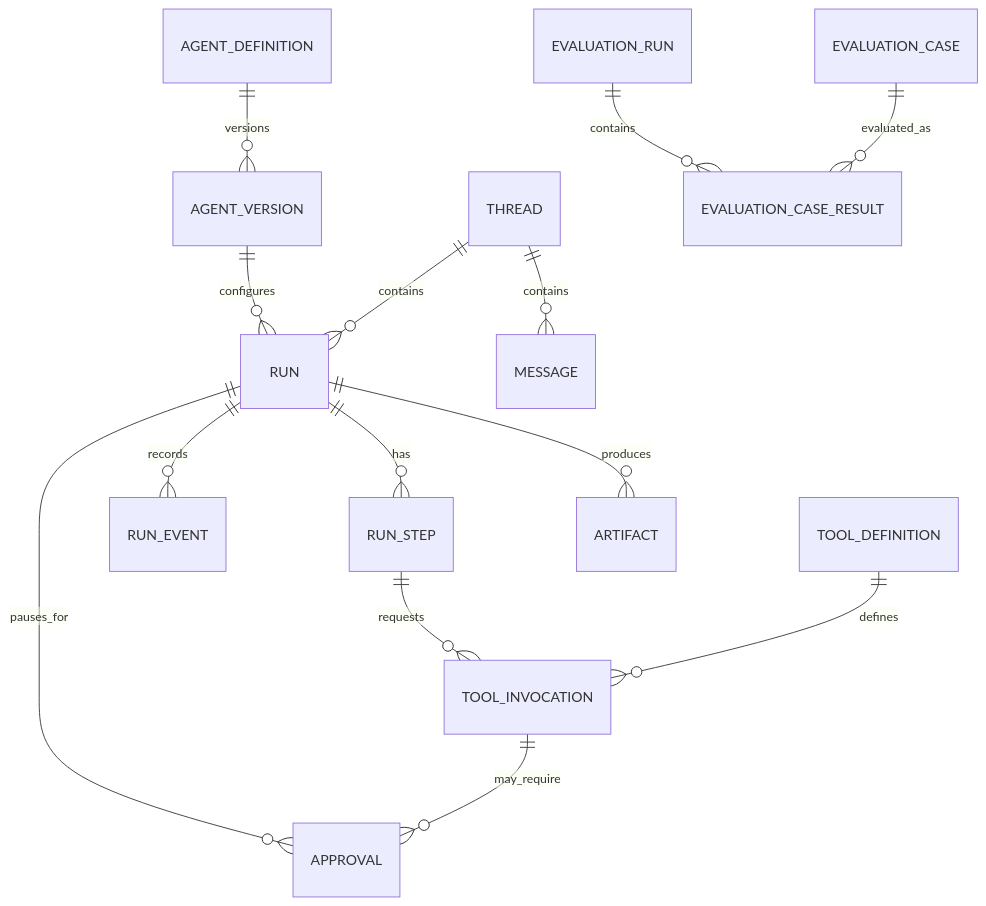
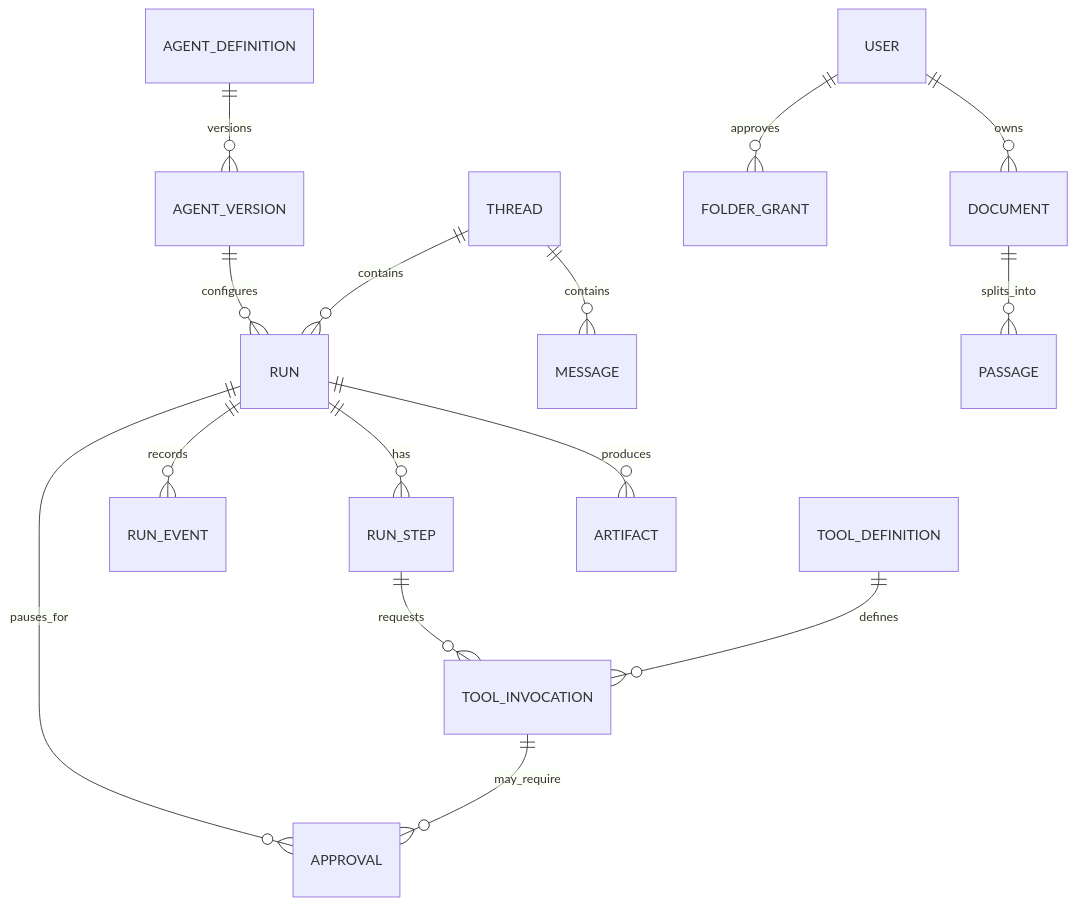
Before and after one commit to NP2420/agent-platform-foundation: the diagram in docs/DATA_MODEL.md, drawn with Mermaid. The commit also changed other lines of this file and 23 other files, not shown here.

````diff
--- a/docs/DATA_MODEL.md
+++ b/docs/DATA_MODEL.md
@@ -35,16 +39,17 @@
 ```mermaid
 erDiagram
     AGENT_DEFINITION ||--o{ AGENT_VERSION : versions
     AGENT_VERSION ||--o{ RUN : configures
     THREAD ||--o{ MESSAGE : contains
     THREAD ||--o{ RUN : contains
     RUN ||--o{ RUN_STEP : has
     RUN ||--o{ RUN_EVENT : records
     RUN_STEP ||--o{ TOOL_INVOCATION : requests
     TOOL_DEFINITION ||--o{ TOOL_INVOCATION : defines
     RUN ||--o{ APPROVAL : pauses_for
     TOOL_INVOCATION ||--o{ APPROVAL : may_require
     RUN ||--o{ ARTIFACT : produces
-    EVALUATION_RUN ||--o{ EVALUATION_CASE_RESULT : contains
-    EVALUATION_CASE ||--o{ EVALUATION_CASE_RESULT : evaluated_as
+    USER ||--o{ FOLDER_GRANT : approves
+    USER ||--o{ DOCUMENT : owns
+    DOCUMENT ||--o{ PASSAGE : splits_into
 ```
````
